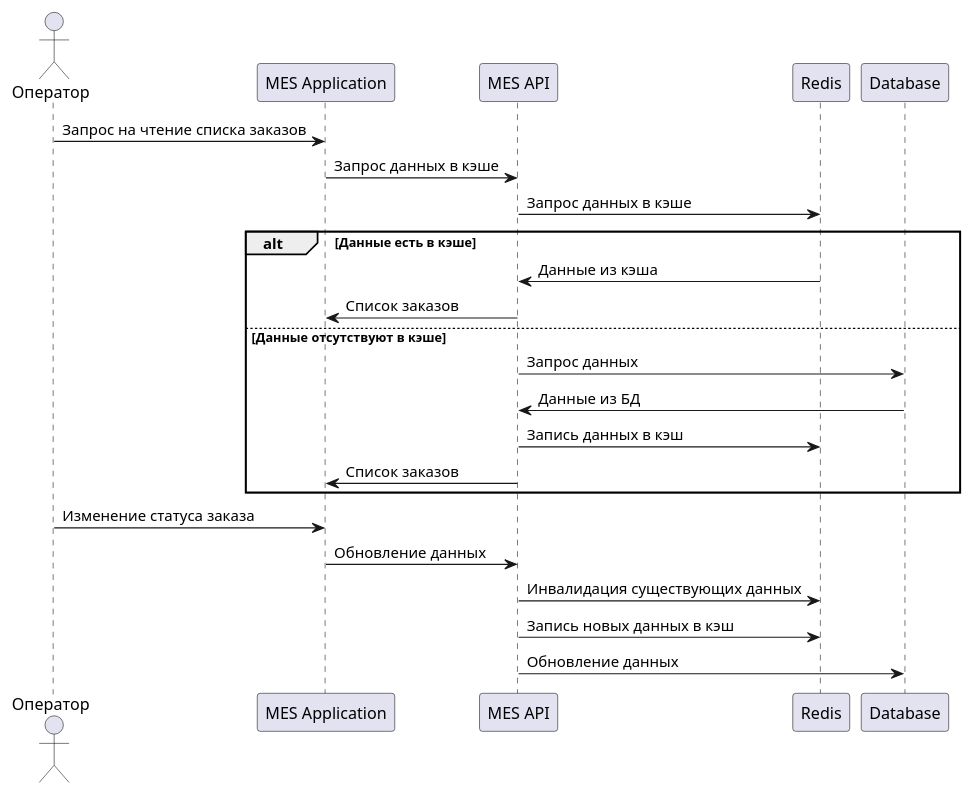
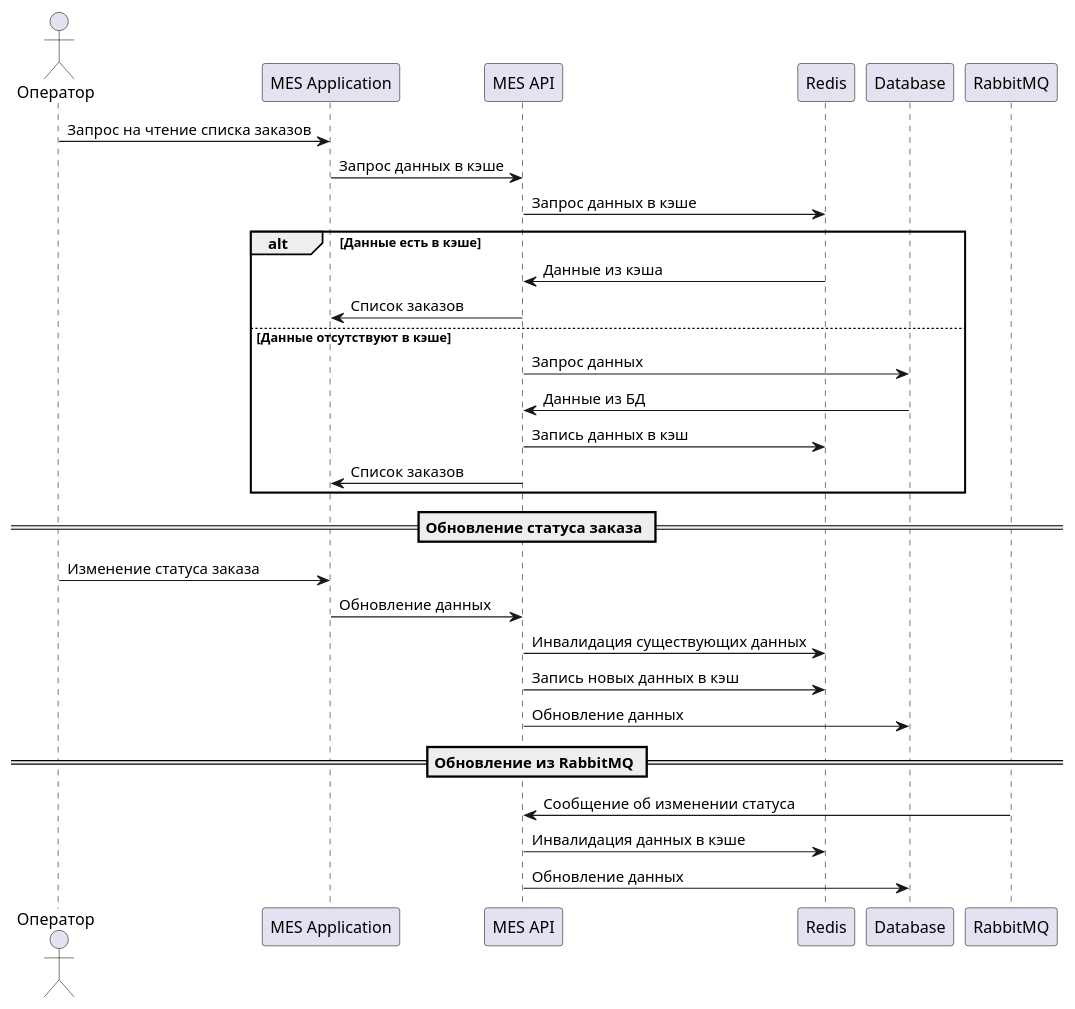
The diagram in Exc5/cahing.puml (marsel1323/architecture-sprint-4), drawn with PlantUML before and after one commit. The commit also changed 5 other files, not shown here.

```diff
--- a/Exc5/cahing.puml
+++ b/Exc5/cahing.puml
@@ -1,26 +1,35 @@
 @startuml
 actor Оператор
 participant MES as "MES Application"
 participant "MES API"
 participant Redis
 participant БД as "Database"
+participant RabbitMQ as "RabbitMQ"
 
 Оператор -> MES: Запрос на чтение списка заказов
 MES -> "MES API": Запрос данных в кэше
 "MES API" -> Redis: Запрос данных в кэше
 alt Данные есть в кэше
     Redis -> "MES API": Данные из кэша
     "MES API" -> MES: Список заказов
 else Данные отсутствуют в кэше
     "MES API" -> БД: Запрос данных
     БД -> "MES API": Данные из БД
     "MES API" -> Redis: Запись данных в кэш
     "MES API" -> MES: Список заказов
 end
 
+== Обновление статуса заказа ==
+
 Оператор -> MES: Изменение статуса заказа
 MES -> "MES API": Обновление данных
 "MES API" -> Redis: Инвалидация существующих данных
 "MES API" -> Redis: Запись новых данных в кэш
 "MES API" -> БД: Обновление данных
+
+== Обновление из RabbitMQ ==
+
+RabbitMQ -> "MES API": Сообщение об изменении статуса
+"MES API" -> Redis: Инвалидация данных в кэше
+"MES API" -> БД: Обновление данных
 @enduml
```
